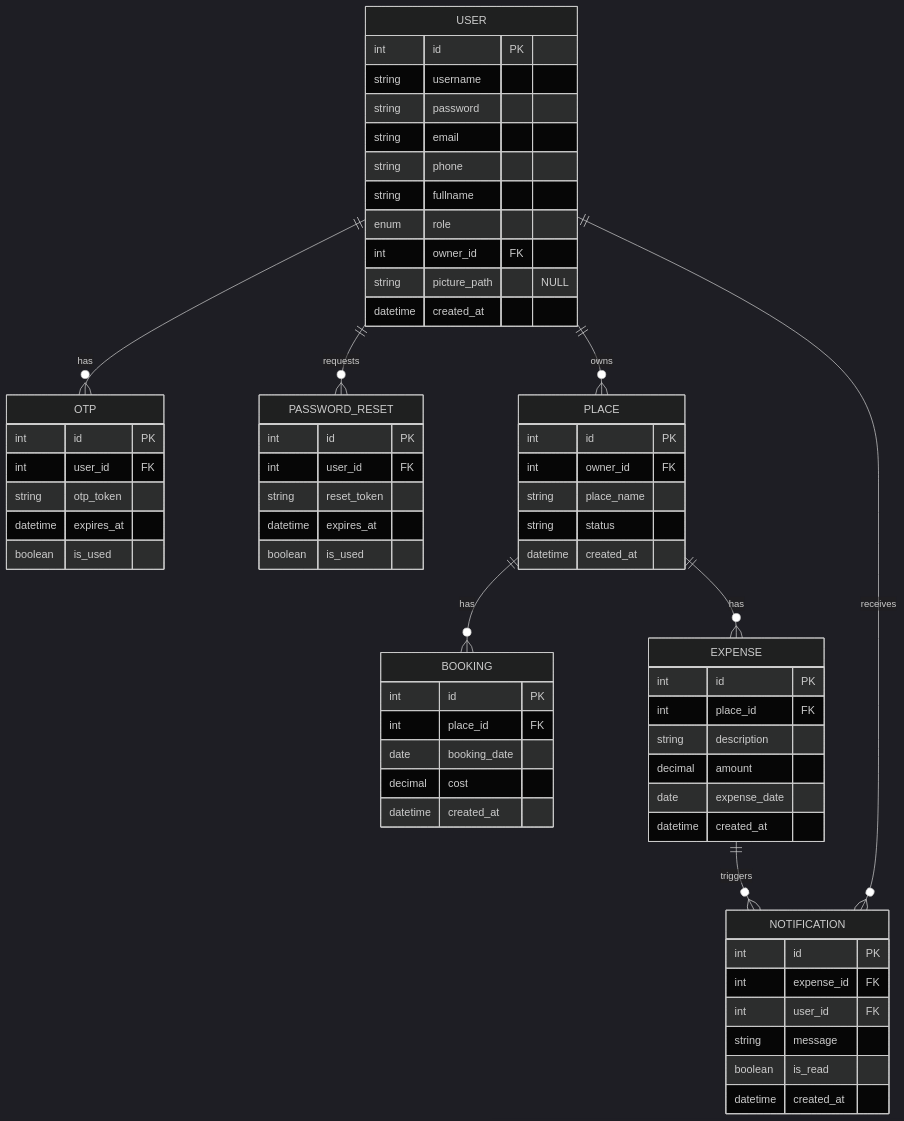
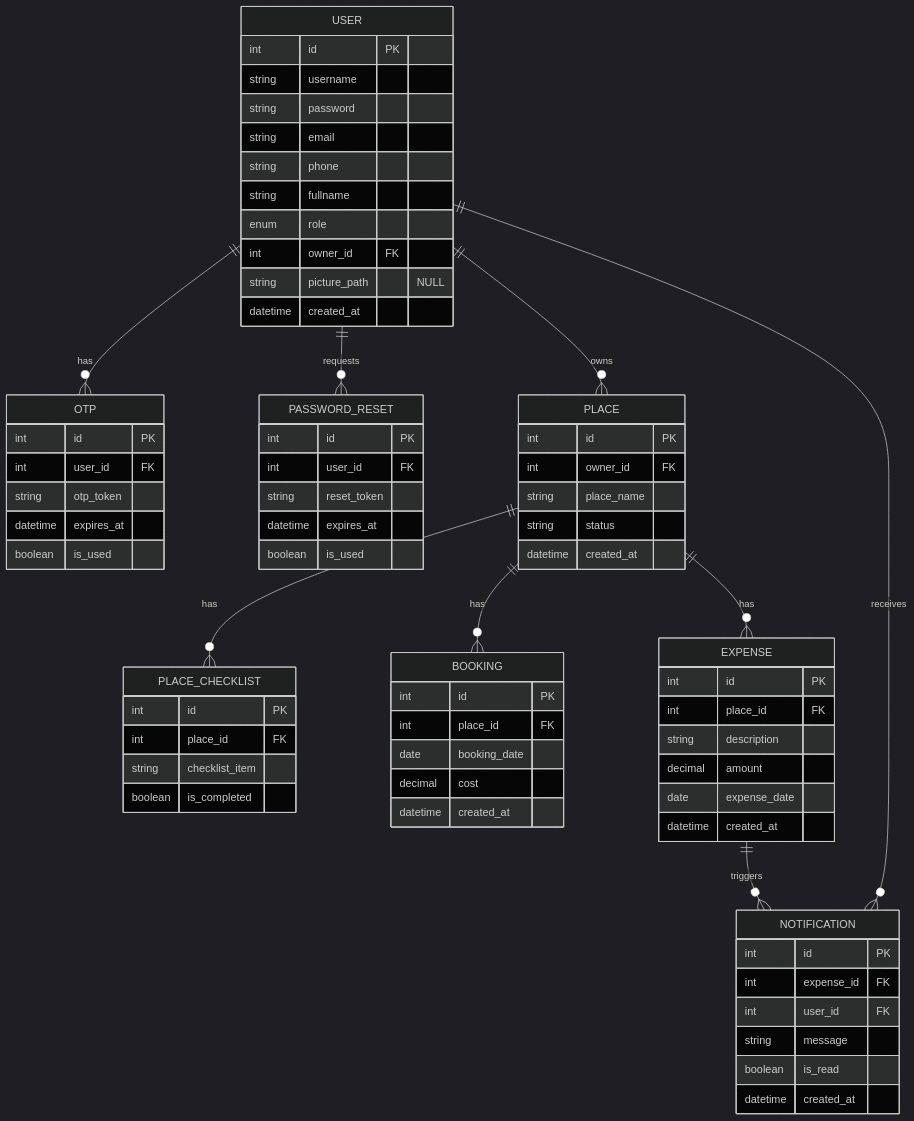
The diagram in Stage-3/ER-diagram.md (Abdulrahman-Wadani/Amlak), drawn with Mermaid (dark theme) before and after one commit. The commit also changed 1 other file, not shown here.

Commit message:
add Class diagram and add checklist table in ER diagram

````diff
--- a/Stage-3/ER-diagram.md
+++ b/Stage-3/ER-diagram.md
@@ -1,74 +1,82 @@
 ```mermaid
 erDiagram
 
     USER {
         int id PK
         string username
         string password
         string email
         string phone
         string fullname
         enum role
         int owner_id FK
         string picture_path "NULL"
         datetime created_at
     }
 
     OTP {
         int id PK
         int user_id FK
         string otp_token
         datetime expires_at
         boolean is_used
     }
 
     PASSWORD_RESET {
         int id PK
         int user_id FK
         string reset_token
         datetime expires_at
         boolean is_used
     }
 
     PLACE {
         int id PK
         int owner_id FK
         string place_name
         string status
         datetime created_at
     }
 
+    PLACE_CHECKLIST {
+        int id PK
+        int place_id FK
+        string checklist_item
+        boolean is_completed
+    }
+
     BOOKING {
         int id PK
         int place_id FK
         date booking_date
         decimal cost
         datetime created_at
     }
 
     EXPENSE {
         int id PK
         int place_id FK
         string description
         decimal amount
         date expense_date
         datetime created_at
     }
 
     NOTIFICATION {
         int id PK
         int expense_id FK
         int user_id FK
         string message
         boolean is_read
         datetime created_at
     }
 
     USER ||--o{ OTP : has
     USER ||--o{ PASSWORD_RESET : requests
     USER ||--o{ PLACE : owns
+    PLACE ||--o{ PLACE_CHECKLIST : has
     PLACE ||--o{ BOOKING : has
     PLACE ||--o{ EXPENSE : has
     EXPENSE ||--o{ NOTIFICATION : triggers
     USER ||--o{ NOTIFICATION : receives
 ```
````
